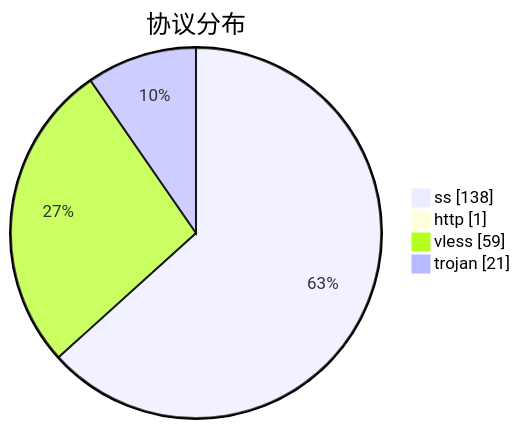
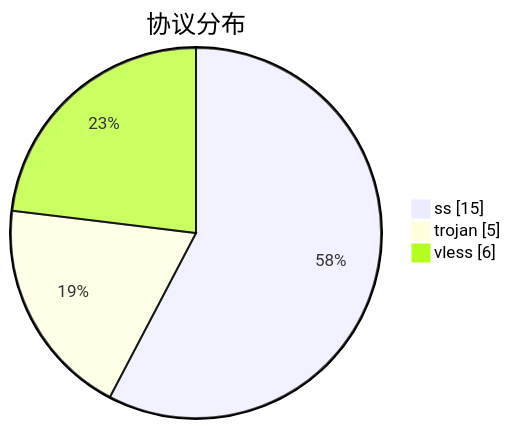
The third of 3 diagrams in subs/statistics/tested_within.md (qjlxg/airport), drawn with Mermaid before and after one commit. The commit also changed other lines of this file and 2 other files, not shown here.

````diff
--- a/subs/statistics/tested_within.md
+++ b/subs/statistics/tested_within.md
@@ -17,8 +14,7 @@
 ```mermaid
 pie showData
 title 协议分布
-"ss" : 138
-"http" : 1
-"vless" : 59
-"trojan" : 21
+"ss" : 15
+"trojan" : 5
+"vless" : 6
 ```
````
